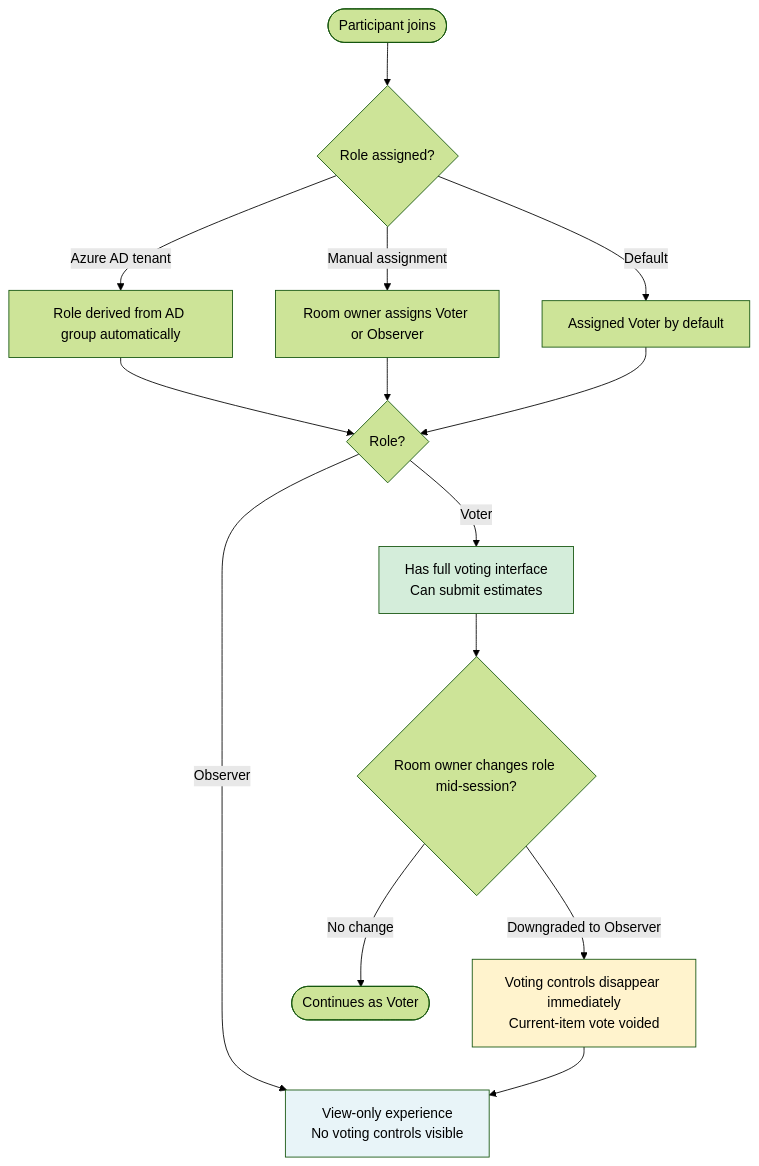
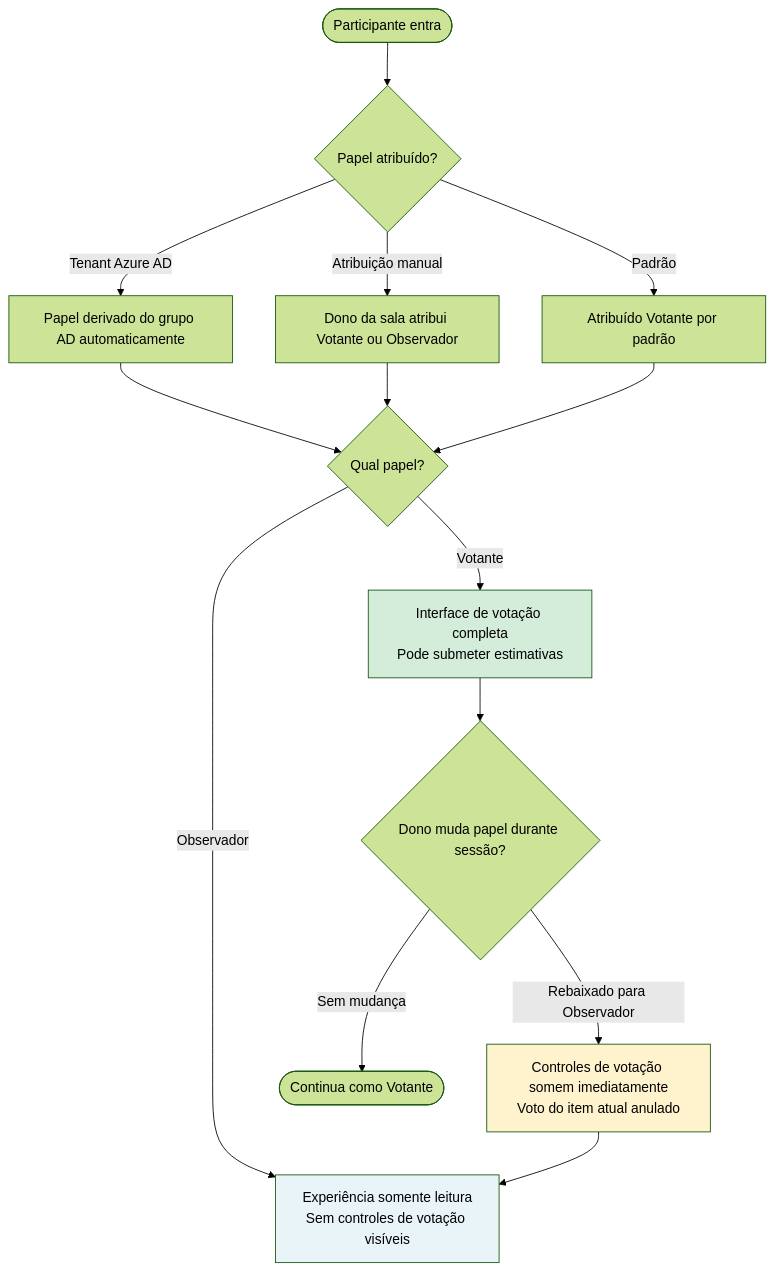
The fourth of 7 diagrams in case-poker/07.1-product-backlog-access-control.md (hugo-hsbtech/teamwork-process), drawn with Mermaid (forest theme) before and after one commit. The commit also changed other lines of this file and 64 other files, not shown here.

````diff
--- a/case-poker/07.1-product-backlog-access-control.md
+++ b/case-poker/07.1-product-backlog-access-control.md
@@ -141,23 +141,23 @@
 ```mermaid
 flowchart TD
-    A([Participant joins]) --> B{Role assigned?}
-    B -- Azure AD tenant --> C[Role derived from AD group automatically]
-    B -- Manual assignment --> D[Room owner assigns Voter or Observer]
-    B -- Default --> E[Assigned Voter by default]
+    A([Participante entra]) --> B{Papel atribuído?}
+    B -- Tenant Azure AD --> C[Papel derivado do grupo AD automaticamente]
+    B -- Atribuição manual --> D[Dono da sala atribui Votante ou Observador]
+    B -- Padrão --> E[Atribuído Votante por padrão]
 
-    C --> F{Role?}
+    C --> F{Qual papel?}
     D --> F
     E --> F
 
-    F -- Voter --> G[Has full voting interface\nCan submit estimates]
-    F -- Observer --> H[View-only experience\nNo voting controls visible]
+    F -- Votante --> G[Interface de votação completa\nPode submeter estimativas]
+    F -- Observador --> H[Experiência somente leitura\nSem controles de votação visíveis]
 
-    G --> I{Room owner changes role mid-session?}
-    I -- Downgraded to Observer --> J[Voting controls disappear immediately\nCurrent-item vote voided]
-    I -- No change --> K([Continues as Voter])
+    G --> I{Dono muda papel durante sessão?}
+    I -- Rebaixado para Observador --> J[Controles de votação somem imediatamente\nVoto do item atual anulado]
+    I -- Sem mudança --> K([Continua como Votante])
     J --> H
 
     style G fill:#d4edda
     style H fill:#e8f4f8
     style J fill:#fff3cd
 ```
````
